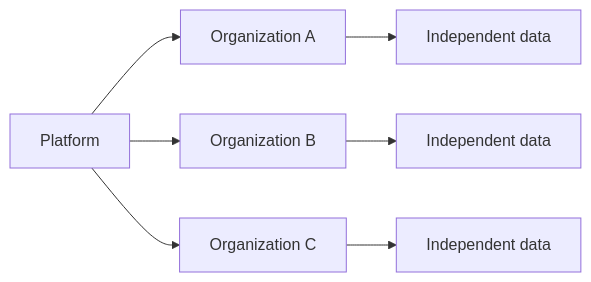
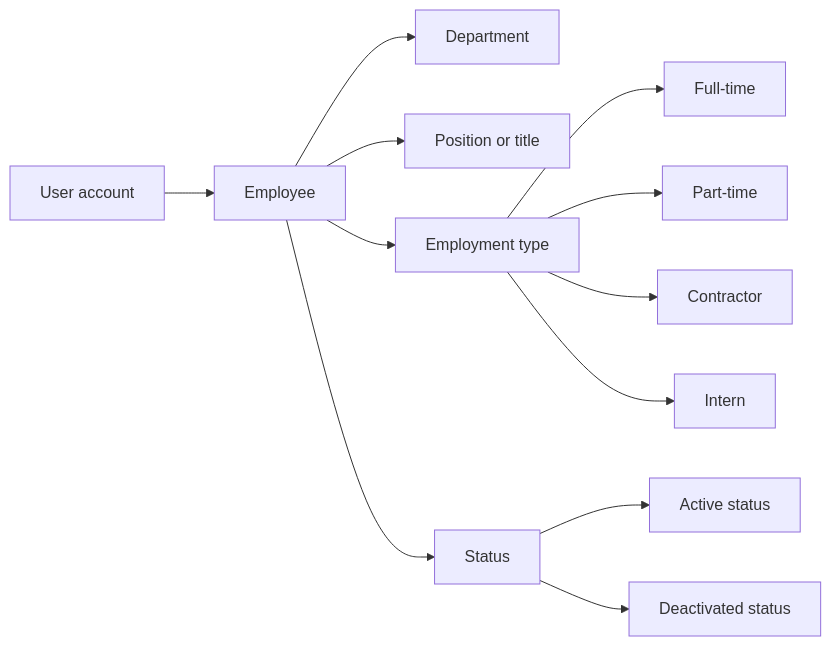
One commit to wrtnlabs/autobe-examples changed the second of 19 diagrams in openai/gpt-5.4-mini/erp/docs/analysis/02-domain-model.md. Above: the diagram before and after it, drawn with Mermaid. The commit also changed other lines of this file and 9017 other files, not shown here.

````diff
--- a/openai/gpt-5.4-mini/erp/docs/analysis/02-domain-model.md
+++ b/openai/gpt-5.4-mini/erp/docs/analysis/02-domain-model.md
@@ -35,9 +180,14 @@
 ```mermaid
 flowchart LR
-    A["Platform"] --> B["Organization A"]
-    A --> C["Organization B"]
-    A --> D["Organization C"]
-    B --> E["Independent data"]
-    C --> F["Independent data"]
-    D --> G["Independent data"]
+    A["User account"] --> B["Employee"]
+    B --> C["Department"]
+    B --> D["Position or title"]
+    B --> E["Employment type"]
+    E --> F["Full-time"]
+    E --> G["Part-time"]
+    E --> H["Contractor"]
+    E --> I["Intern"]
+    B --> J["Status"]
+    J --> K["Active status"]
+    J --> L["Deactivated status"]
 ```
````
